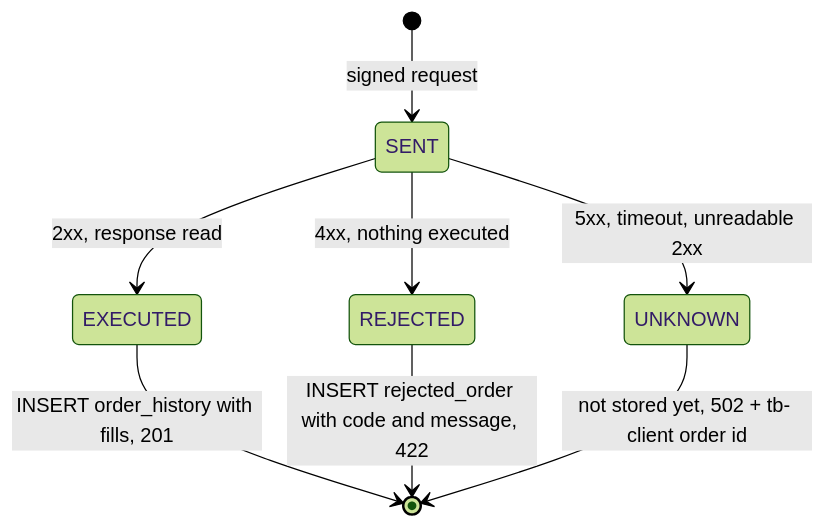
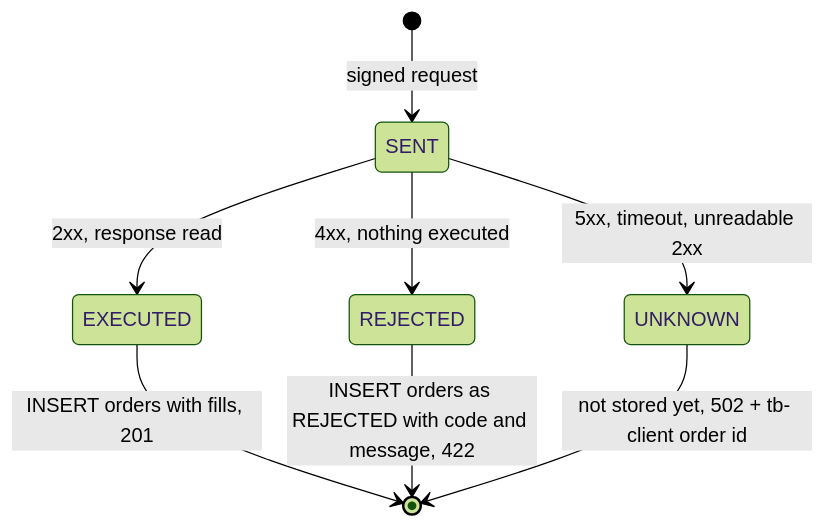
Before and after one commit to ShadowOfDiablo/t212-coding-task: diagram 12 of 29 in docs/ARCHITECTURE.md, drawn with Mermaid (forest theme). The commit also changed other lines of this file and 52 other files, not shown here.

First line of the commit message:
Rewrite the database schema cleanly

````diff
--- a/docs/ARCHITECTURE.md
+++ b/docs/ARCHITECTURE.md
@@ -467,10 +467,10 @@
 ```mermaid
 stateDiagram-v2
     [*] --> SENT: signed request
     SENT --> EXECUTED: 2xx, response read
     SENT --> REJECTED: 4xx, nothing executed
     SENT --> UNKNOWN: 5xx, timeout, unreadable 2xx
-    EXECUTED --> [*]: INSERT order_history with fills, 201
-    REJECTED --> [*]: INSERT rejected_order with code and message, 422
+    EXECUTED --> [*]: INSERT orders with fills, 201
+    REJECTED --> [*]: INSERT orders as REJECTED with code and message, 422
     UNKNOWN --> [*]: not stored yet, 502 + tb- client order id
 ```
````
